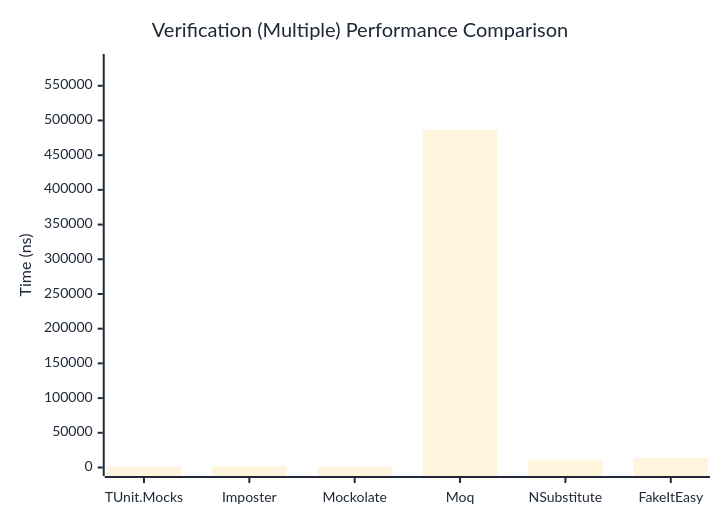
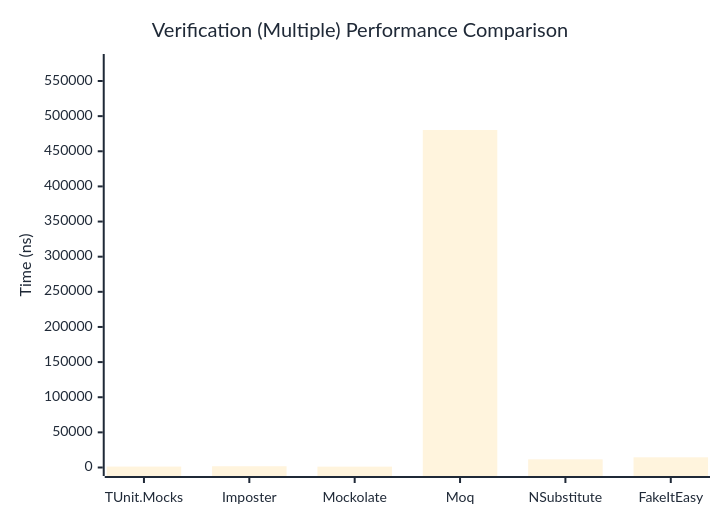
The third of 3 diagrams in docs/docs/benchmarks/mocks/Verification.md (thomhurst/TUnit), drawn with Mermaid before and after one commit. The commit also changed other lines of this file and 14 other files, not shown here.

````diff
--- a/docs/docs/benchmarks/mocks/Verification.md
+++ b/docs/docs/benchmarks/mocks/Verification.md
@@ -112,27 +112,27 @@
 ```mermaid
 %%{init: {
   'theme':'base',
   'themeVariables': {
     'primaryColor': '#2563eb',
     'primaryTextColor': '#1f2937',
     'primaryBorderColor': '#1e40af',
     'lineColor': '#6b7280',
     'secondaryColor': '#7c3aed',
     'tertiaryColor': '#dc2626',
     'background': '#ffffff',
     'pie1': '#2563eb',
     'pie2': '#7c3aed',
     'pie3': '#dc2626',
     'pie4': '#f59e0b',
     'pie5': '#10b981',
     'pie6': '#06b6d4',
     'pie7': '#ec4899',
     'pie8': '#6366f1'
   }
 }}%%
 xychart-beta
   title "Verification (Multiple) Performance Comparison"
   x-axis ["TUnit.Mocks", "Imposter", "Mockolate", "Moq", "NSubstitute", "FakeItEasy"]
-  y-axis "Time (ns)" 0 --> 583521
-  bar [1276.98, 1827.56, 1148.45, 486267.31, 11522.53, 13638.2]
+  y-axis "Time (ns)" 0 --> 576329
+  bar [1303.29, 1788.82, 1234.93, 480273.51, 11633.36, 14510.31]
 ```
````
